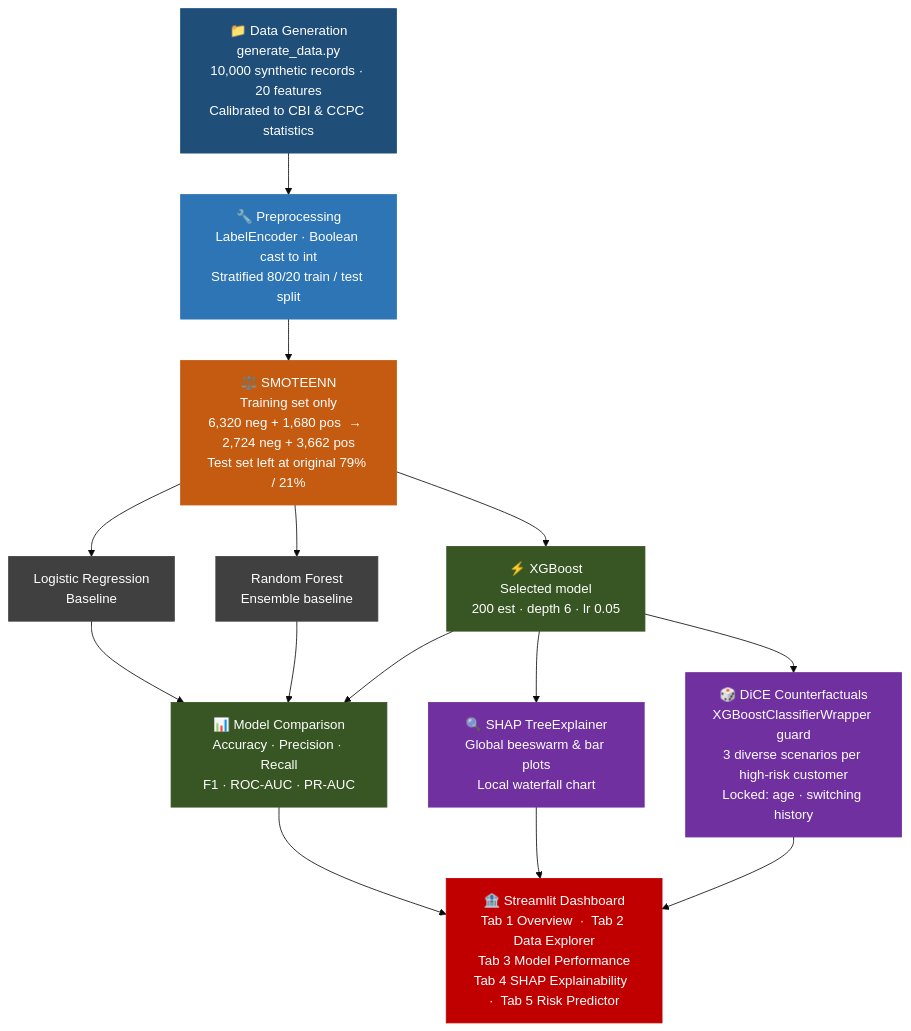
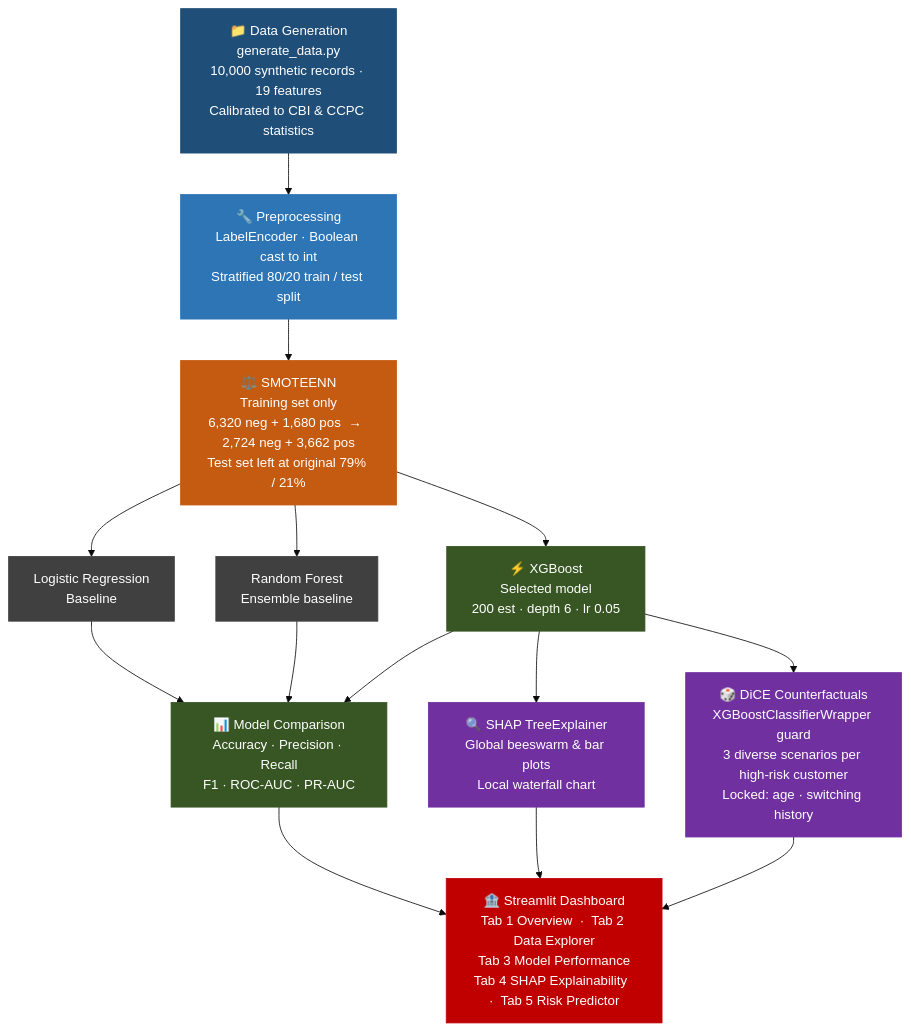
Before and after one commit to abinashprasana/irish-banking-churn: the diagram in README.md, drawn with Mermaid (base theme). The commit also changed other lines of this file, not shown here.

````diff
--- a/README.md
+++ b/README.md
@@ -64,30 +64,30 @@
 ```mermaid
 flowchart TD
-    A["📁 Data Generation\ngenerate_data.py\n10,000 synthetic records · 20 features\nCalibrated to CBI & CCPC statistics"]
+    A["📁 Data Generation\ngenerate_data.py\n10,000 synthetic records · 19 features\nCalibrated to CBI & CCPC statistics"]
     B["🔧 Preprocessing\nLabelEncoder · Boolean cast to int\nStratified 80/20 train / test split"]
     C["⚖️ SMOTEENN\nTraining set only\n6,320 neg + 1,680 pos  →  2,724 neg + 3,662 pos\nTest set left at original 79% / 21%"]
     D1["Logistic Regression\nBaseline"]
     D2["Random Forest\nEnsemble baseline"]
     D3["⚡ XGBoost\nSelected model\n200 est · depth 6 · lr 0.05"]
     E["📊 Model Comparison\nAccuracy · Precision · Recall\nF1 · ROC-AUC · PR-AUC"]
     F1["🔍 SHAP TreeExplainer\nGlobal beeswarm & bar plots\nLocal waterfall chart"]
     F2["🎲 DiCE Counterfactuals\nXGBoostClassifierWrapper guard\n3 diverse scenarios per high-risk customer\nLocked: age · switching history"]
     G["🏦 Streamlit Dashboard\nTab 1 Overview  ·  Tab 2 Data Explorer\nTab 3 Model Performance\nTab 4 SHAP Explainability  ·  Tab 5 Risk Predictor"]
 
     A --> B --> C
     C --> D1 & D2 & D3
     D1 & D2 & D3 --> E
     D3 --> F1 & F2
     E & F1 & F2 --> G
 
     style A fill:#1f4e79,color:#ffffff,stroke:#1f4e79
     style B fill:#2e75b6,color:#ffffff,stroke:#2e75b6
     style C fill:#c55a11,color:#ffffff,stroke:#c55a11
     style D1 fill:#404040,color:#ffffff,stroke:#404040
     style D2 fill:#404040,color:#ffffff,stroke:#404040
     style D3 fill:#375623,color:#ffffff,stroke:#375623
     style E fill:#375623,color:#ffffff,stroke:#375623
     style F1 fill:#7030a0,color:#ffffff,stroke:#7030a0
     style F2 fill:#7030a0,color:#ffffff,stroke:#7030a0
     style G fill:#c00000,color:#ffffff,stroke:#c00000
 ```
````
